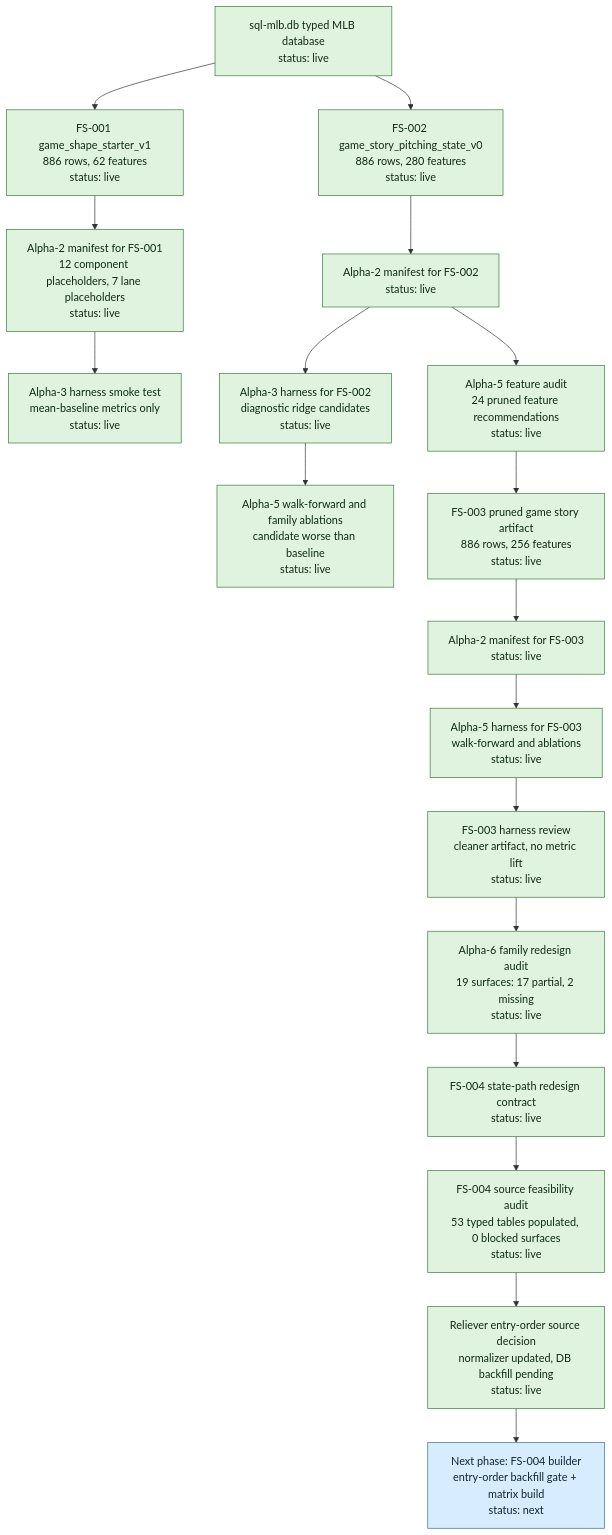
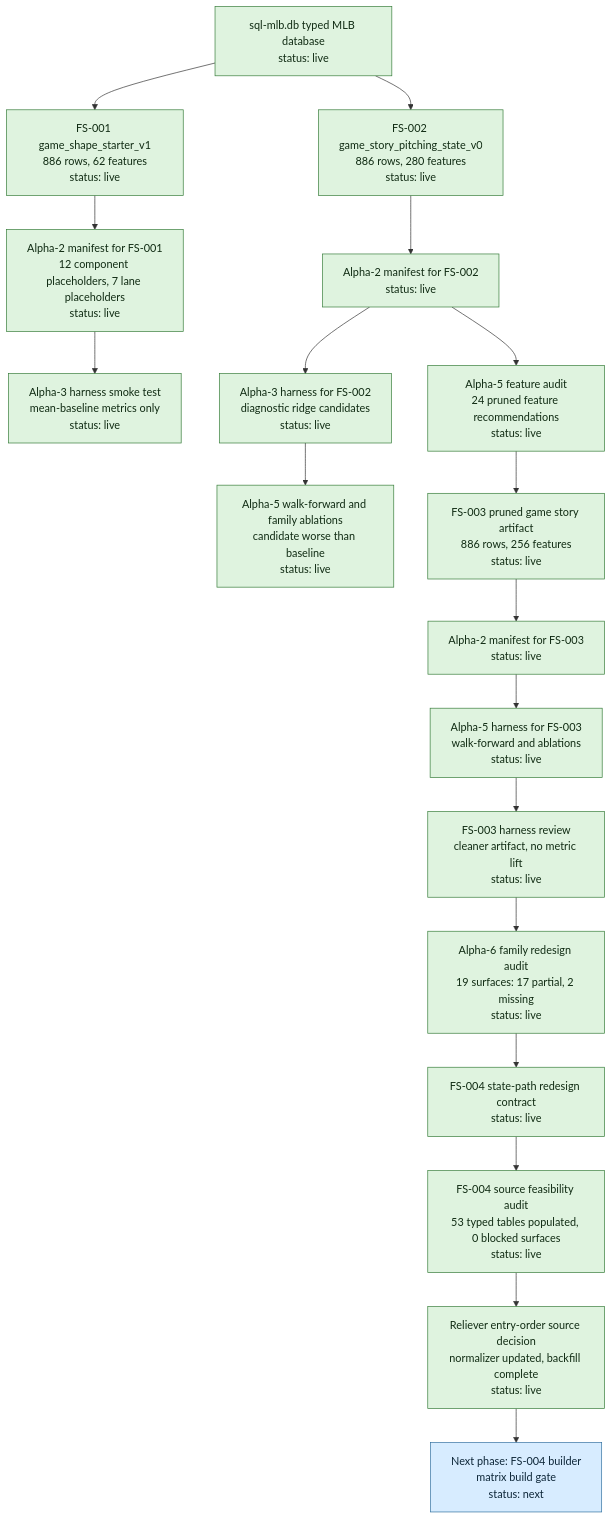
One commit to jiancchen/SlateAi changed the first of 4 diagrams in run-plans/mlb/2026-06-03-mlb-m3-alpha-state-progress.md. Above: the diagram before and after it, drawn with Mermaid. The commit also changed other lines of this file and 12 other files, not shown here.

First line of the commit message:
Backfill FS-004 reliever chain order fields

````diff
--- a/run-plans/mlb/2026-06-03-mlb-m3-alpha-state-progress.md
+++ b/run-plans/mlb/2026-06-03-mlb-m3-alpha-state-progress.md
@@ -50,31 +50,31 @@
 ```mermaid
 flowchart TD
   SQL["sql-mlb.db typed MLB database<br/>status: live"] --> FS001["FS-001 game_shape_starter_v1<br/>886 rows, 62 features<br/>status: live"]
   SQL --> FS002["FS-002 game_story_pitching_state_v0<br/>886 rows, 280 features<br/>status: live"]
 
   FS001 --> M001["Alpha-2 manifest for FS-001<br/>12 component placeholders, 7 lane placeholders<br/>status: live"]
   M001 --> H001["Alpha-3 harness smoke test<br/>mean-baseline metrics only<br/>status: live"]
 
   FS002 --> M002["Alpha-2 manifest for FS-002<br/>status: live"]
   M002 --> H002["Alpha-3 harness for FS-002<br/>diagnostic ridge candidates<br/>status: live"]
   M002 --> A002["Alpha-5 feature audit<br/>24 pruned feature recommendations<br/>status: live"]
   H002 --> WF002["Alpha-5 walk-forward and family ablations<br/>candidate worse than baseline<br/>status: live"]
 
   A002 --> FS003["FS-003 pruned game story artifact<br/>886 rows, 256 features<br/>status: live"]
   FS003 --> M003["Alpha-2 manifest for FS-003<br/>status: live"]
   M003 --> H003["Alpha-5 harness for FS-003<br/>walk-forward and ablations<br/>status: live"]
   H003 --> R003["FS-003 harness review<br/>cleaner artifact, no metric lift<br/>status: live"]
 
   R003 --> A6["Alpha-6 family redesign audit<br/>19 surfaces: 17 partial, 2 missing<br/>status: live"]
   A6 --> C004["FS-004 state-path redesign contract<br/>status: live"]
   C004 --> S004["FS-004 source feasibility audit<br/>53 typed tables populated, 0 blocked surfaces<br/>status: live"]
-  S004 --> D004["Reliever entry-order source decision<br/>normalizer updated, DB backfill pending<br/>status: live"]
-  D004 --> NEXT["Next phase: FS-004 builder<br/>entry-order backfill gate + matrix build<br/>status: next"]
+  S004 --> D004["Reliever entry-order source decision<br/>normalizer updated, backfill complete<br/>status: live"]
+  D004 --> NEXT["Next phase: FS-004 builder<br/>matrix build gate<br/>status: next"]
 
   classDef live fill:#dff3df,stroke:#367c39,color:#102b13;
   classDef partial fill:#fff2c2,stroke:#927000,color:#332800;
   classDef next fill:#d7ecff,stroke:#2f6f9f,color:#0d2638;
 
   class SQL,FS001,FS002,M001,H001,M002,H002,A002,WF002,FS003,M003,H003,R003,A6,C004,S004,D004 live;
   class NEXT next;
 ```
````
